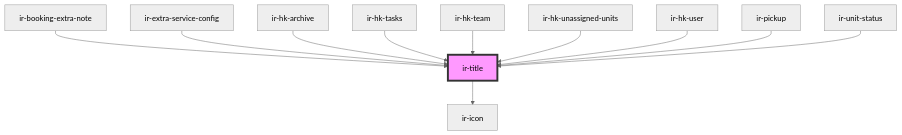
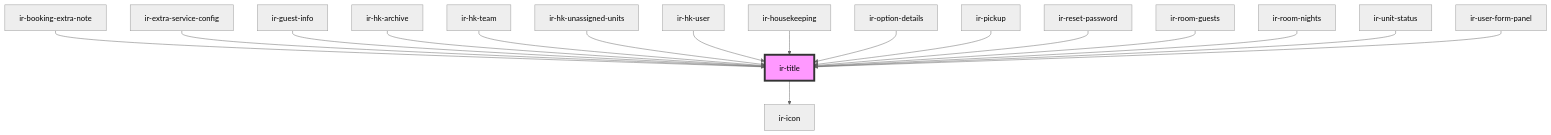
One commit to RonyRizk/ir-webcmp changed the diagram in src/components/ir-title/readme.md. Above: the diagram before and after it, drawn with Mermaid (neutral theme). The commit also changed other lines of this file and 293 other files, not shown here.

````diff
--- a/src/components/ir-title/readme.md
+++ b/src/components/ir-title/readme.md
@@ -43,14 +50,20 @@
 ```mermaid
 graph TD;
   ir-title --> ir-icon
   ir-booking-extra-note --> ir-title
   ir-extra-service-config --> ir-title
+  ir-guest-info --> ir-title
   ir-hk-archive --> ir-title
-  ir-hk-tasks --> ir-title
   ir-hk-team --> ir-title
   ir-hk-unassigned-units --> ir-title
   ir-hk-user --> ir-title
+  ir-housekeeping --> ir-title
+  ir-option-details --> ir-title
   ir-pickup --> ir-title
+  ir-reset-password --> ir-title
+  ir-room-guests --> ir-title
+  ir-room-nights --> ir-title
   ir-unit-status --> ir-title
+  ir-user-form-panel --> ir-title
   style ir-title fill:#f9f,stroke:#333,stroke-width:4px
 ```
````
